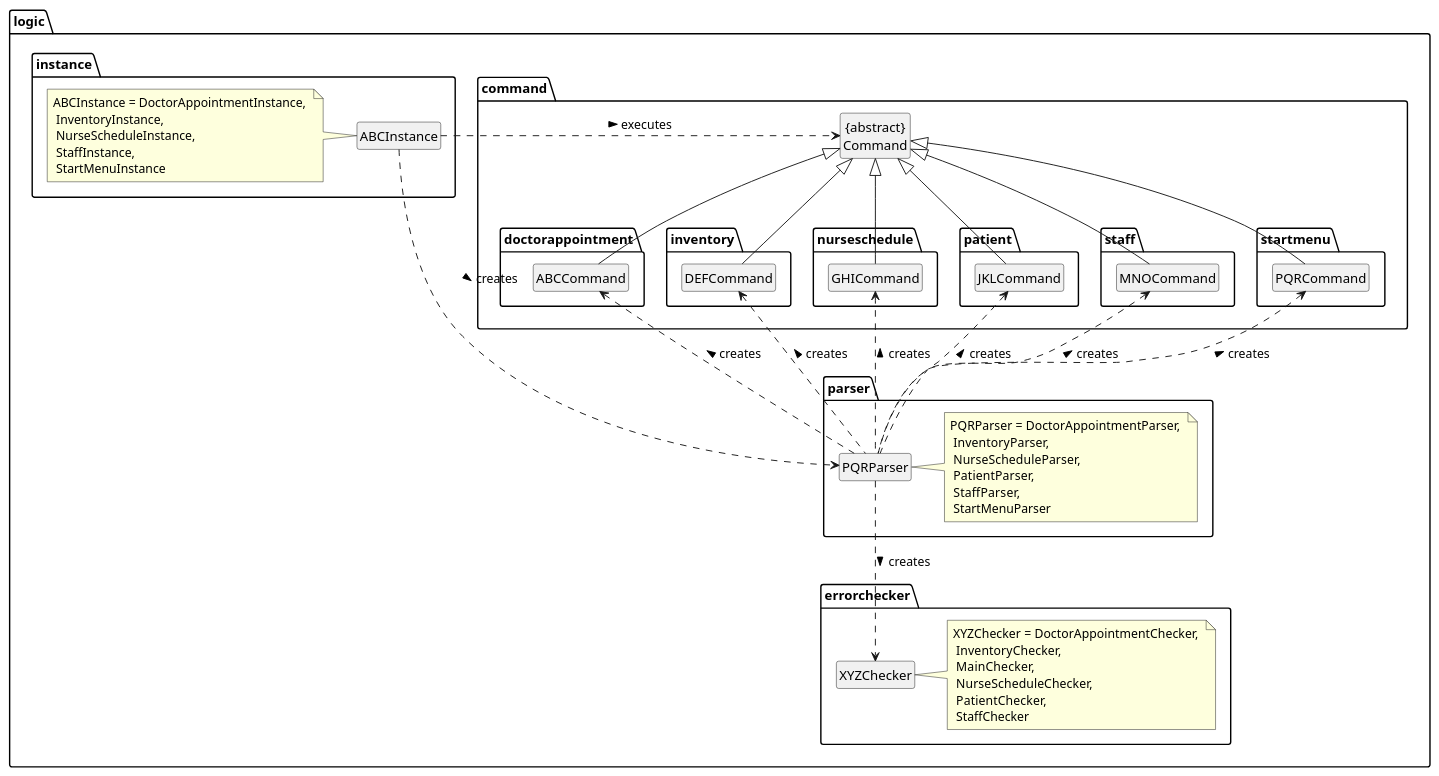
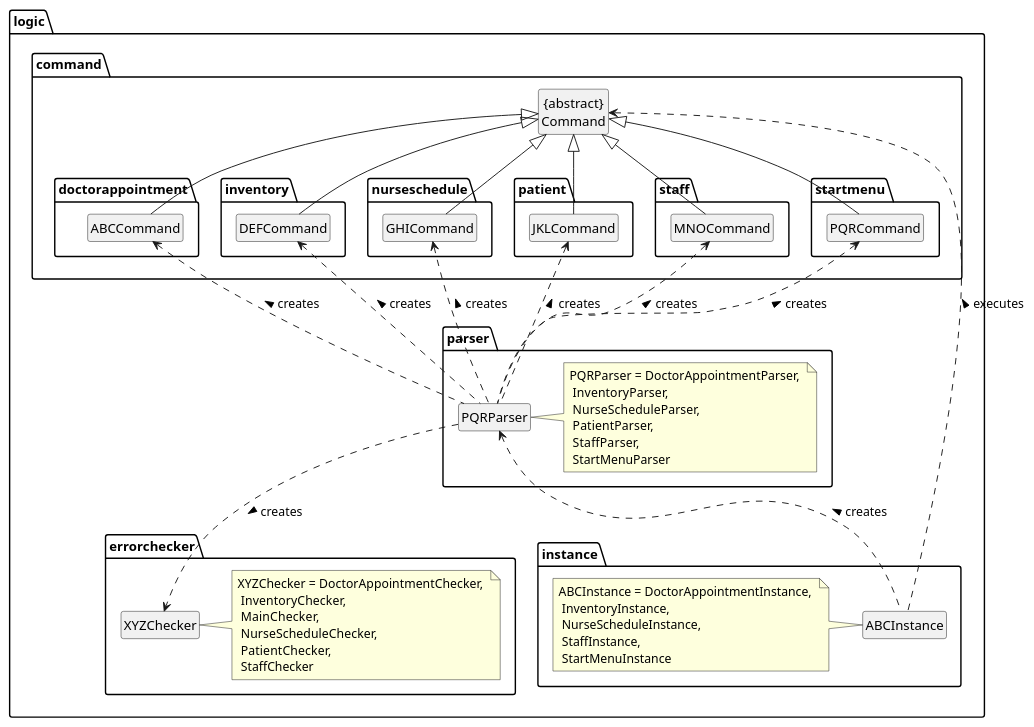
One commit to nus-cs2113-AY2021S2/tp changed the diagram in docs/diagrams/LogicComponent.puml. Above: the diagram before and after it, drawn with PlantUML. The commit also changed 1 other file, not shown here.

Commit message:
update logic component diagram

```diff
--- a/docs/diagrams/LogicComponent.puml
+++ b/docs/diagrams/LogicComponent.puml
@@ -1,55 +1,55 @@
 @startuml
 
 hide members
 hide circle
 skinparam classAttributeIconSize 0
 
 package logic{
 package command{
 Class "{abstract}\nCommand" as Command
 package doctorappointment {
 Command <|-- ABCCommand
 }
 package inventory {
 Command <|-- DEFCommand
 }
 package nurseschedule {
 Command <|-- GHICommand
 }
 package patient {
 Command <|-- JKLCommand
 }
 package staff {
 Command <|-- MNOCommand
 }
 package startmenu {
 Command <|-- PQRCommand
 }
 }
 package errorchecker{
 Class XYZChecker
 note right: XYZChecker = DoctorAppointmentChecker, \n InventoryChecker, \n MainChecker, \n NurseScheduleChecker, \n PatientChecker, \n StaffChecker
 }
 
 package parser{
 Class PQRParser
 note right: PQRParser = DoctorAppointmentParser, \n InventoryParser, \n NurseScheduleParser, \n PatientParser, \n StaffParser, \n StartMenuParser
 PQRParser .down.> XYZChecker : creates >
 PQRParser .up.> ABCCommand : creates >
 PQRParser .up.> DEFCommand : creates >
 PQRParser .up.> GHICommand : creates >
 PQRParser .up.> JKLCommand : creates >
 PQRParser .up.> MNOCommand : creates >
 PQRParser .up.> PQRCommand : creates >
 }
 
 package instance {
 Class ABCInstance
 note left: ABCInstance = DoctorAppointmentInstance, \n InventoryInstance, \n NurseScheduleInstance, \n StaffInstance, \n StartMenuInstance
-ABCInstance .RIGHT.> PQRParser : creates >
-ABCInstance .RIGHT.> Command : executes >
+ABCInstance .up.> PQRParser : creates >
+ABCInstance .up.> Command : executes >
 }
 
 }
 
 @enduml
```
